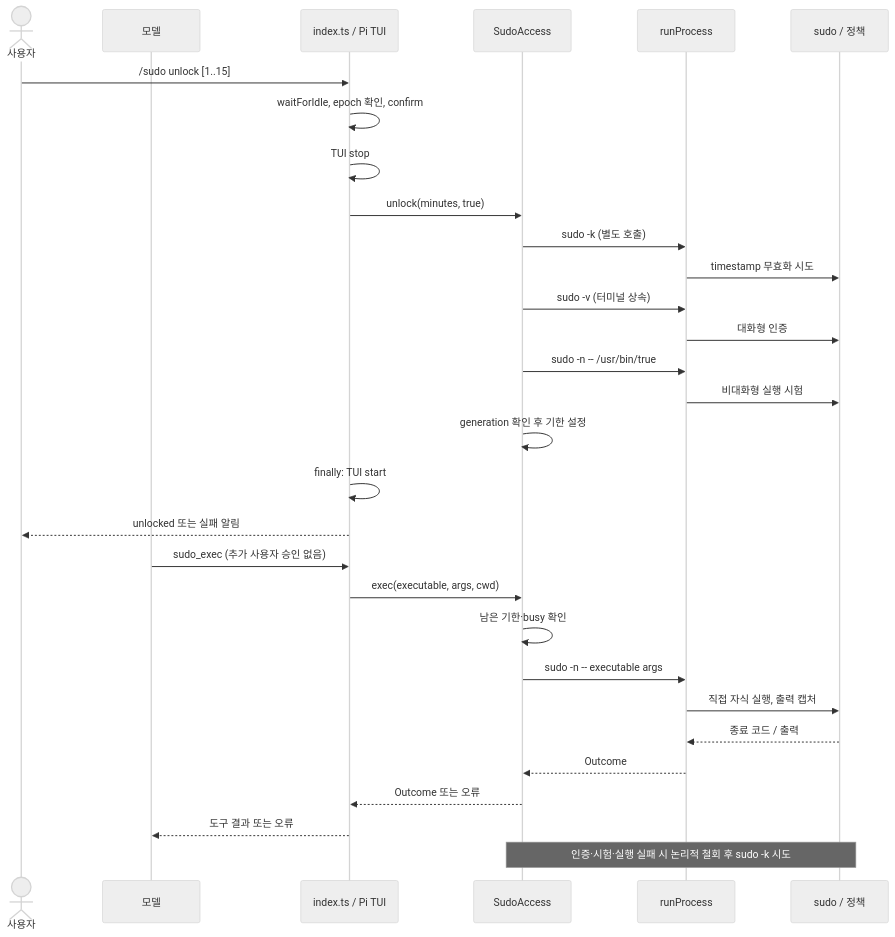
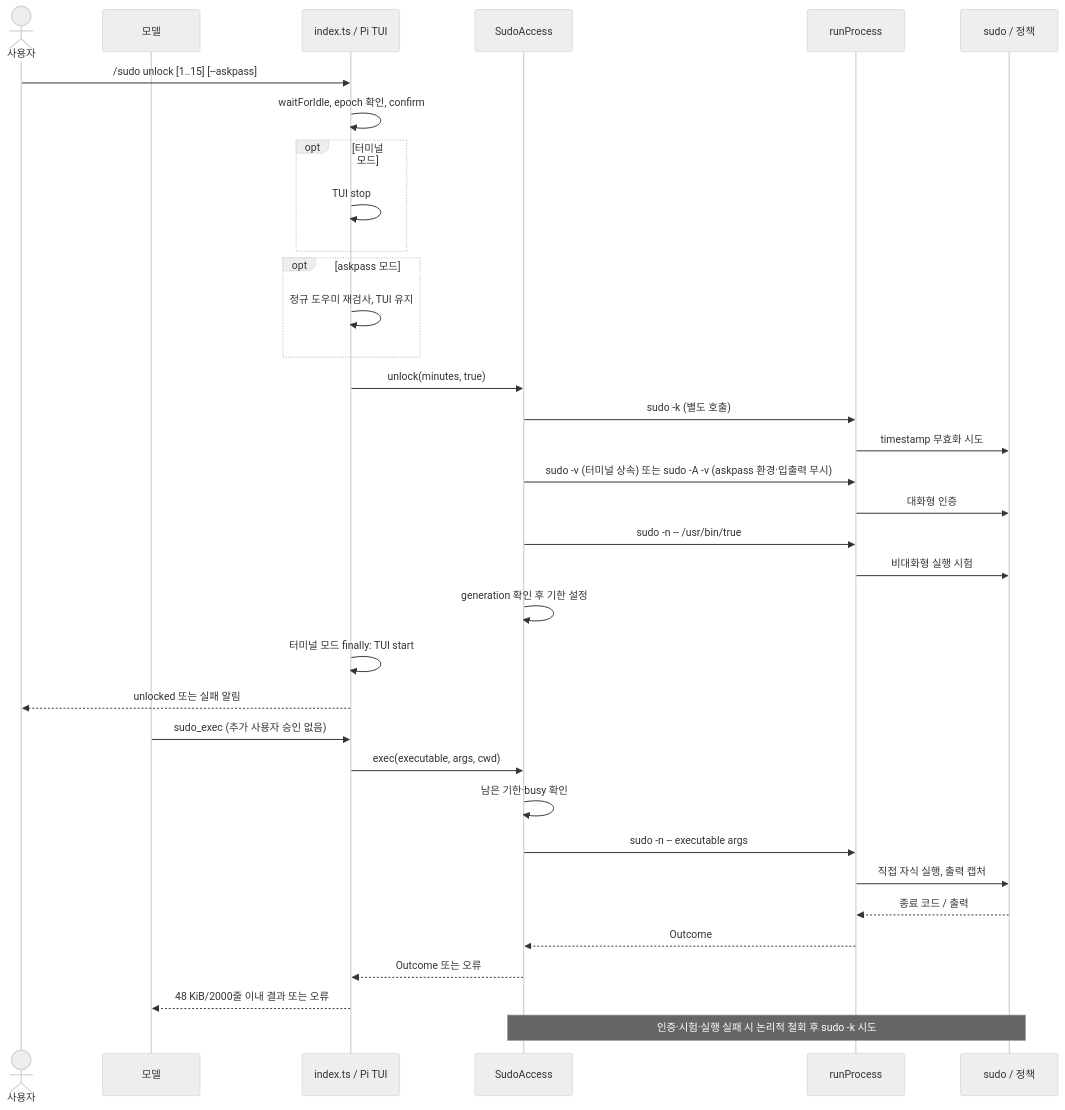
One commit to spi-ca/pi-sudo changed the diagram in docs/diagram/auth-exec.mmd. Above: the diagram before and after it, drawn with Mermaid (neutral theme). The commit also changed 29 other files, not shown here.

Commit message:
feat: askpass 인증과 sudo 명령 표시 개선

```diff
--- a/docs/diagram/auth-exec.mmd
+++ b/docs/diagram/auth-exec.mmd
@@ -1,30 +1,35 @@
 sequenceDiagram
     actor User as 사용자
     participant Model as 모델
     participant Entry as index.ts / Pi TUI
     participant Access as SudoAccess
     participant Proc as runProcess
     participant OS as sudo / 정책
-    User->>Entry: /sudo unlock [1..15]
+    User->>Entry: /sudo unlock [1..15] [--askpass]
     Entry->>Entry: waitForIdle, epoch 확인, confirm
-    Entry->>Entry: TUI stop
+    opt 터미널 모드
+        Entry->>Entry: TUI stop
+    end
+    opt askpass 모드
+        Entry->>Entry: 정규 도우미 재검사, TUI 유지
+    end
     Entry->>Access: unlock(minutes, true)
     Access->>Proc: sudo -k (별도 호출)
     Proc->>OS: timestamp 무효화 시도
-    Access->>Proc: sudo -v (터미널 상속)
+    Access->>Proc: sudo -v (터미널 상속) 또는 sudo -A -v (askpass 환경·입출력 무시)
     Proc->>OS: 대화형 인증
     Access->>Proc: sudo -n -- /usr/bin/true
     Proc->>OS: 비대화형 실행 시험
     Access->>Access: generation 확인 후 기한 설정
-    Entry->>Entry: finally: TUI start
+    Entry->>Entry: 터미널 모드 finally: TUI start
     Entry-->>User: unlocked 또는 실패 알림
     Model->>Entry: sudo_exec (추가 사용자 승인 없음)
     Entry->>Access: exec(executable, args, cwd)
     Access->>Access: 남은 기한·busy 확인
     Access->>Proc: sudo -n -- executable args
     Proc->>OS: 직접 자식 실행, 출력 캡처
     OS-->>Proc: 종료 코드 / 출력
     Proc-->>Access: Outcome
     Access-->>Entry: Outcome 또는 오류
-    Entry-->>Model: 도구 결과 또는 오류
+    Entry-->>Model: 48 KiB/2000줄 이내 결과 또는 오류
     Note over Access,OS: 인증·시험·실행 실패 시 논리적 철회 후 sudo -k 시도
```
